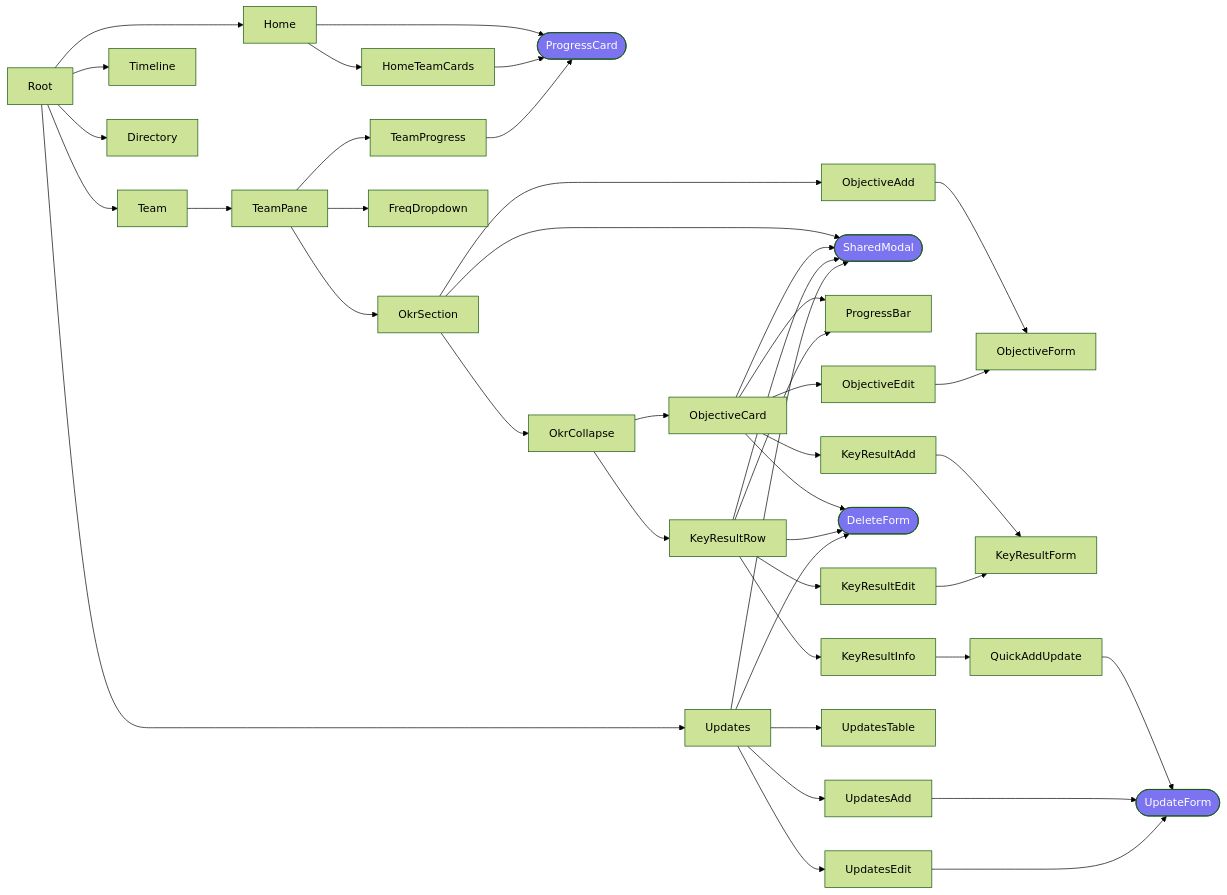
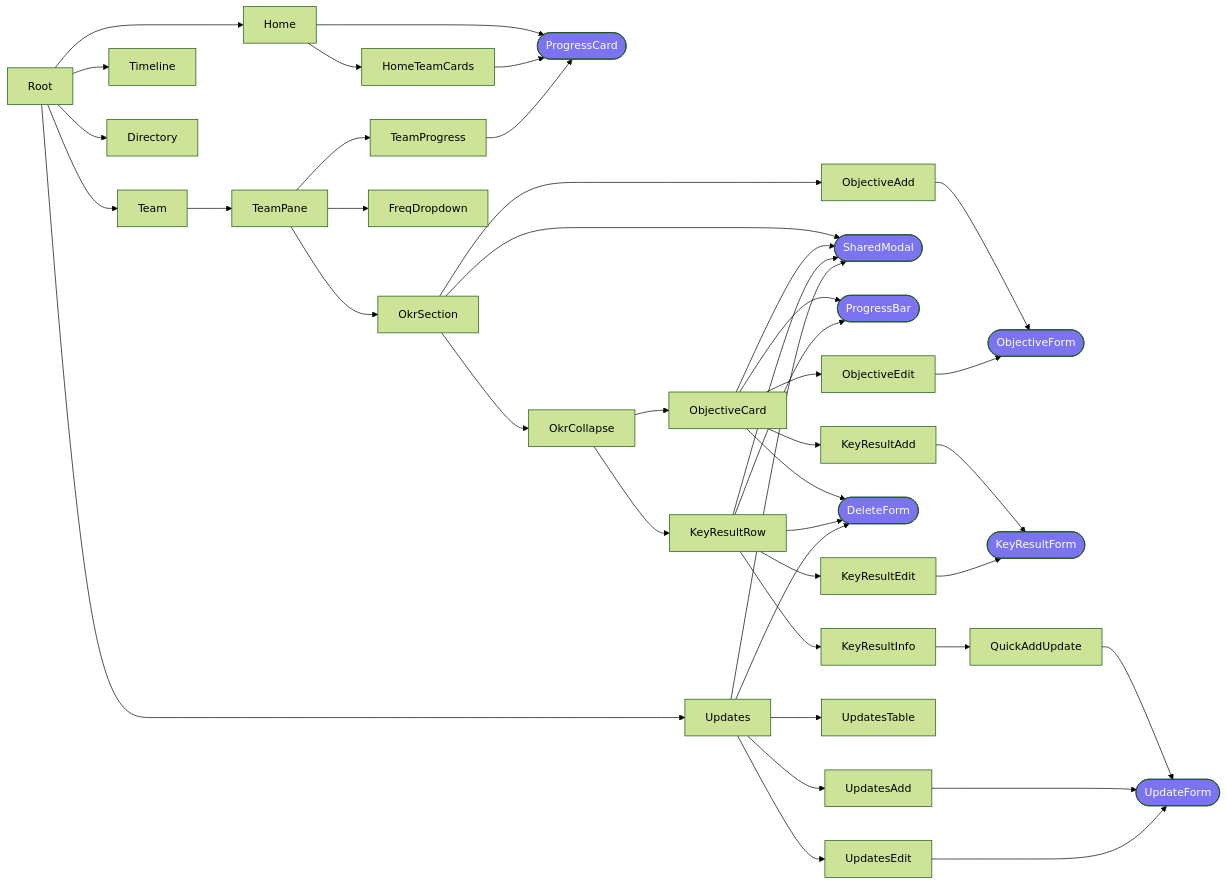
Before and after one commit to chrischow/rokr: the diagram in dev/README.md, drawn with Mermaid (forest theme). The commit also changed other lines of this file, not shown here.

````diff
--- a/dev/README.md
+++ b/dev/README.md
@@ -8,61 +8,61 @@
 ```mermaid
 graph LR
-    Root --> Home
-    Root --> Team
-    Root --> Updates
-    Root --> Timeline
-    Root --> Directory
-    
-    Home --> HomeTeamCards
-    Home --> PC([ProgressCard])
-    HomeTeamCards --> PC
+  %% Top-level components
+  Root --> Home
+  Root --> Team
+  Root --> Updates
+  Root --> Timeline
+  Root --> Directory
+  
+  %% Home
+  Home --> HomeTeamCards
+  Home --> PC([ProgressCard])
+  HomeTeamCards --> PC
 
-    Team --> TeamPane
-    TeamPane --> TeamProgress
-    TeamPane --> OkrSection
-    TeamPane --> FreqDropdown
+  %% Team
+  Team --> TeamPane
+  TeamPane --> TeamProgress
+  TeamPane --> OkrSection
+  TeamPane --> FreqDropdown
 
-    TeamProgress --> PC
+  TeamProgress --> PC
 
-    OkrSection --> ObjectiveAdd
-    OkrSection --> OkrCollapse
-    OkrSection --> SM([SharedModal])
-    ObjectiveAdd --> ObjectiveForm
+  OkrSection --> ObjectiveAdd
+  OkrSection --> OkrCollapse
+  OkrSection --> SM([SharedModal])
+  ObjectiveAdd --> OF([ObjectiveForm])
 
-    OkrCollapse --> KeyResultRow
-    OkrCollapse --> ObjectiveCard
+  OkrCollapse --> KeyResultRow
+  OkrCollapse --> ObjectiveCard
 
-    
-    ObjectiveCard --> SM
-    ObjectiveCard --> ProgressBar
-    ObjectiveCard --> ObjectiveEdit
-    ObjectiveCard --> KeyResultAdd
-    ObjectiveCard --> DF([DeleteForm])
+  ObjectiveCard --> SM
+  ObjectiveCard --> PB([ProgressBar])
+  ObjectiveCard --> ObjectiveEdit
+  ObjectiveCard --> KeyResultAdd
+  ObjectiveCard --> DF([DeleteForm])
 
-    ObjectiveEdit --> ObjectiveForm
-    KeyResultAdd --> KeyResultForm
+  ObjectiveEdit --> OF
+  KeyResultAdd --> KRF([KeyResultForm])
 
-    KeyResultRow --> ProgressBar
-    KeyResultRow --> SM
-    KeyResultRow --> KeyResultInfo
-    KeyResultRow --> KeyResultEdit
-    KeyResultRow --> DF
+  KeyResultRow --> PB
+  KeyResultRow --> SM
+  KeyResultRow --> KeyResultInfo
+  KeyResultRow --> KeyResultEdit
+  KeyResultRow --> DF
 
-    KeyResultEdit --> KeyResultForm
-    KeyResultInfo --> QuickAddUpdate
-    QuickAddUpdate --> UF([UpdateForm])
+  KeyResultEdit --> KRF
+  KeyResultInfo --> QuickAddUpdate
+  QuickAddUpdate --> UF([UpdateForm])
 
-    
+  Updates --> SM
+  Updates --> UpdatesTable
+  Updates --> UpdatesAdd
+  Updates --> UpdatesEdit
+  Updates --> DF
 
-    Updates --> SM
-    Updates --> UpdatesTable
-    Updates --> UpdatesAdd
-    Updates --> UpdatesEdit
-    Updates --> DF
+  UpdatesAdd --> UF
+  UpdatesEdit --> UF
 
-    UpdatesAdd --> UF
-    UpdatesEdit --> UF
-
-    classDef shared fill:#7b73f0,color:white
-    class PC,SM,DF,UF shared
+  classDef shared fill:#7b73f0,color:white
+  class PC,SM,DF,UF,OF,KRF,PB shared
 ```
````
